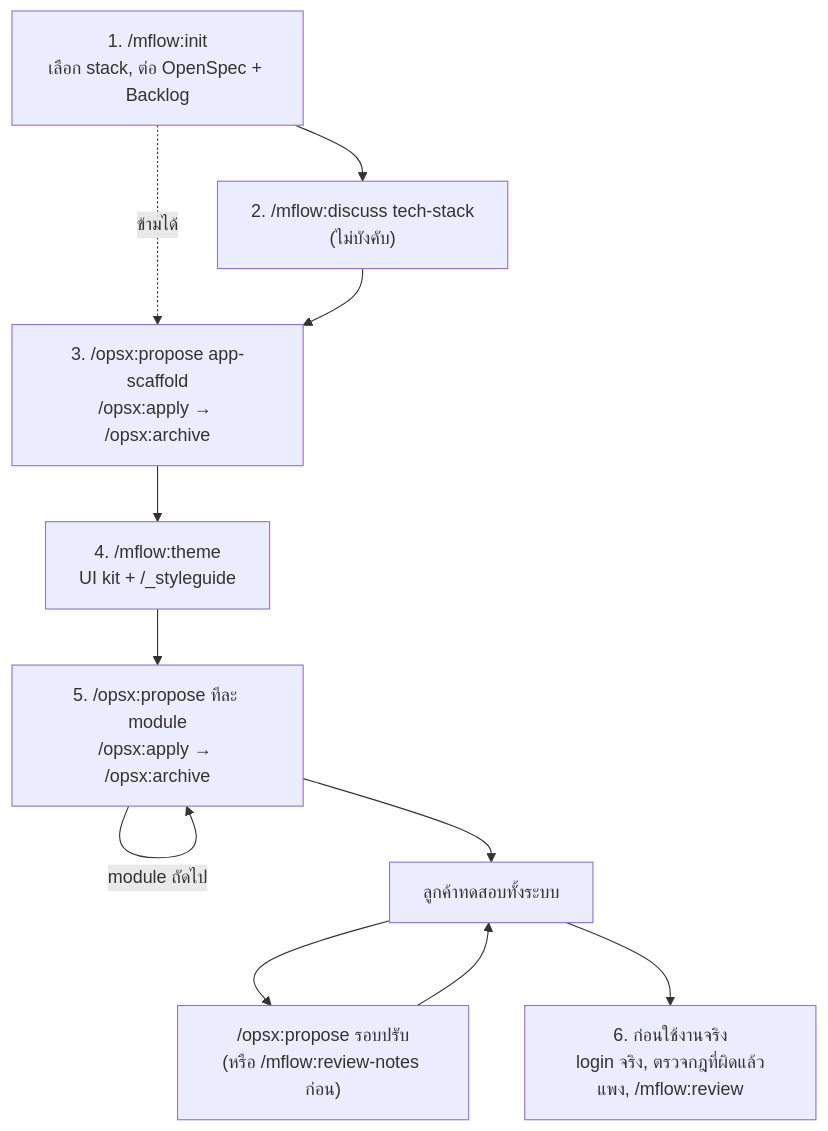
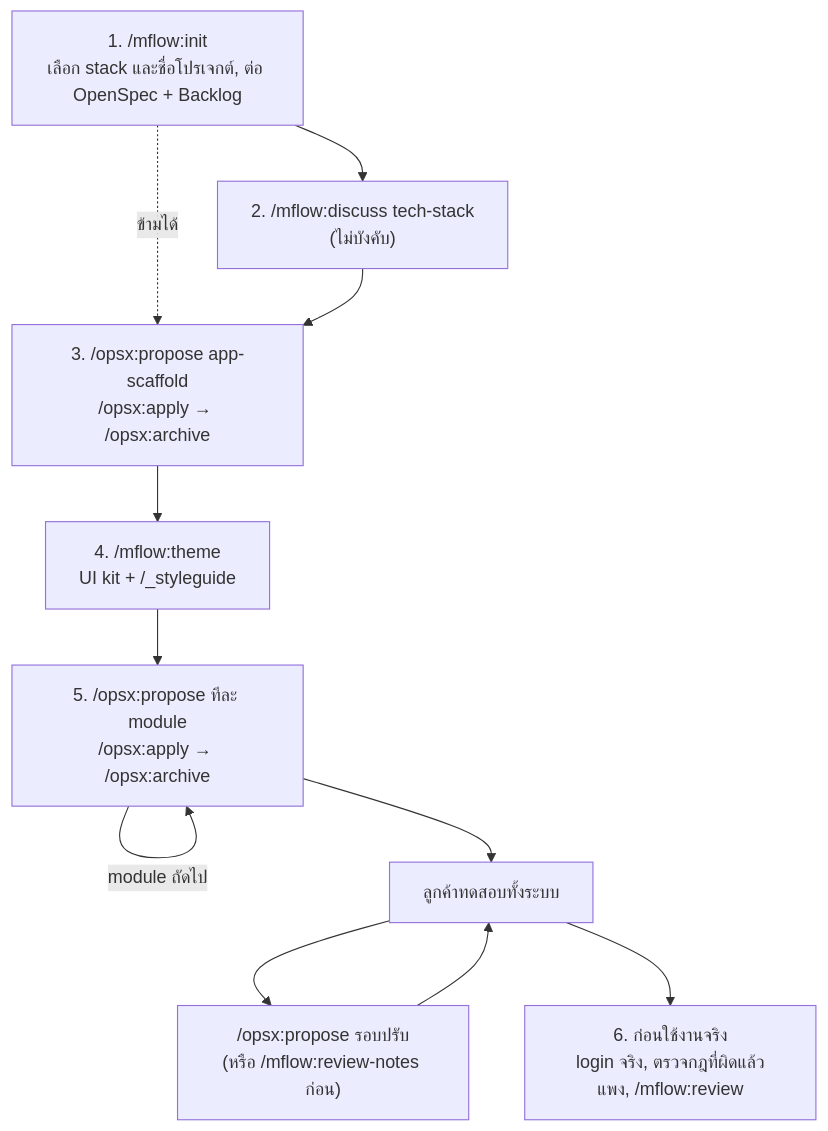
The diagram in docs/manual-fast-track.md (mounchons/mflow-marketplace), drawn with Mermaid before and after one commit. The commit also changed other lines of this file and 13 other files, not shown here.

````diff
--- a/docs/manual-fast-track.md
+++ b/docs/manual-fast-track.md
@@ -28,13 +28,13 @@
 ```mermaid
 flowchart TD
-    I["1. /mflow:init<br/>เลือก stack, ต่อ OpenSpec + Backlog"] --> TS["2. /mflow:discuss tech-stack<br/>(ไม่บังคับ)"]
+    I["1. /mflow:init<br/>เลือก stack และชื่อโปรเจกต์, ต่อ OpenSpec + Backlog"] --> TS["2. /mflow:discuss tech-stack<br/>(ไม่บังคับ)"]
     I -.->|ข้ามได้| SC
     TS --> SC["3. /opsx:propose app-scaffold<br/>/opsx:apply → /opsx:archive"]
     SC --> TH["4. /mflow:theme<br/>UI kit + /_styleguide"]
     TH --> M["5. /opsx:propose ทีละ module<br/>/opsx:apply → /opsx:archive"]
     M -->|module ถัดไป| M
     M --> T["ลูกค้าทดสอบทั้งระบบ"]
     T --> F["/opsx:propose รอบปรับ<br/>(หรือ /mflow:review-notes ก่อน)"]
     F --> T
     T --> G["6. ก่อนใช้งานจริง<br/>login จริง, ตรวจกฎที่ผิดแล้วแพง, /mflow:review"]
 ```
````
